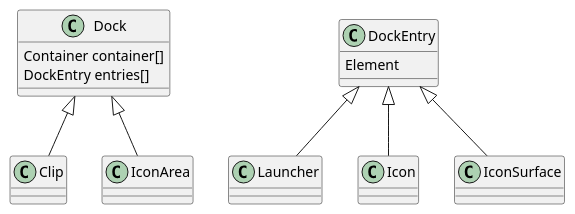
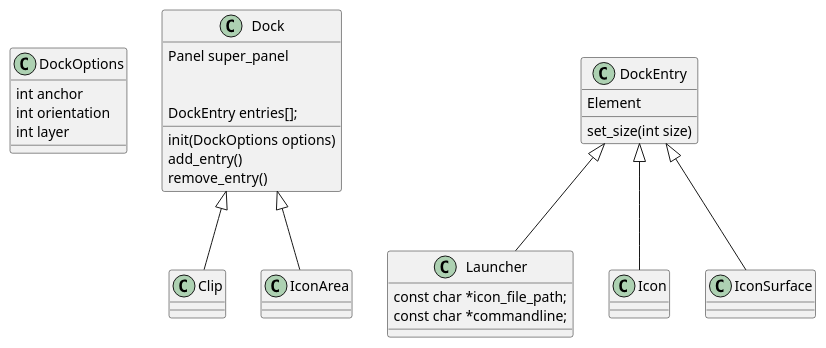
The second of 2 diagrams in src/toolkit/toolkit.md (phkaeser/wlmaker), drawn with PlantUML before and after one commit. The commit also changed other lines of this file, not shown here.

Commit message:
Notes down some ideas on the Dock and DockEntry design.

````diff
--- a/src/toolkit/toolkit.md
+++ b/src/toolkit/toolkit.md
@@ -381,26 +381,43 @@
 ```plantuml
+class DockOptions {
+  int anchor
+  int orientation
+  int layer
+}
+
 class Dock {
-  Container container[]
-  DockEntry entries[]
+  Panel super_panel
+
+  init(DockOptions options)
+
+  DockEntry entries[];
+
+  add_entry()
+  remove_entry()
 }
 
 class DockEntry {
   Element
+
+  set_size(int size)
 }
 
 class Launcher {
+
+  const char *icon_file_path;
+  const char *commandline;
 }
 DockEntry <|-- Launcher
 
 class Icon {}
 DockEntry <|-- Icon
 
 class IconSurface {}
 DockEntry <|-- IconSurface
 
 class Clip {}
 Dock <|-- Clip
 
 class IconArea {}
 Dock <|-- IconArea
 ```
````
